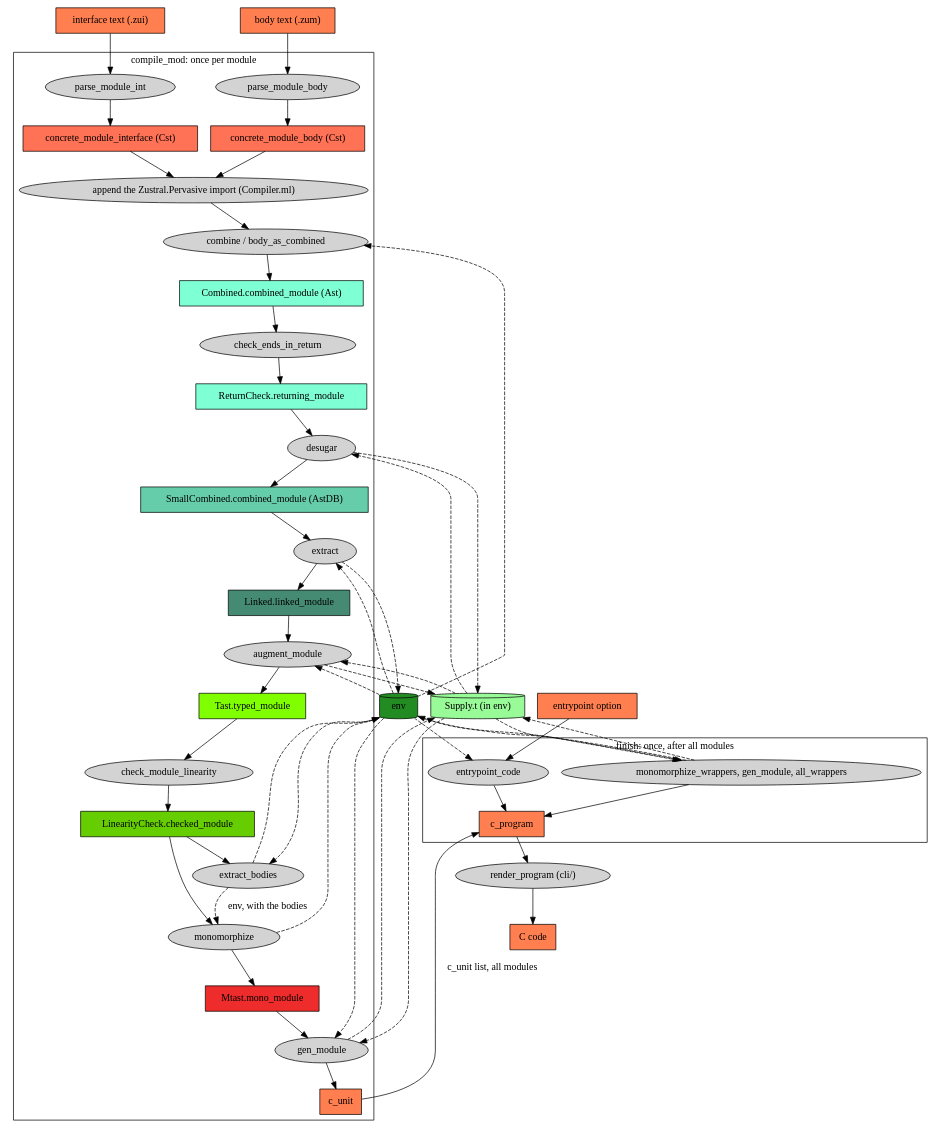
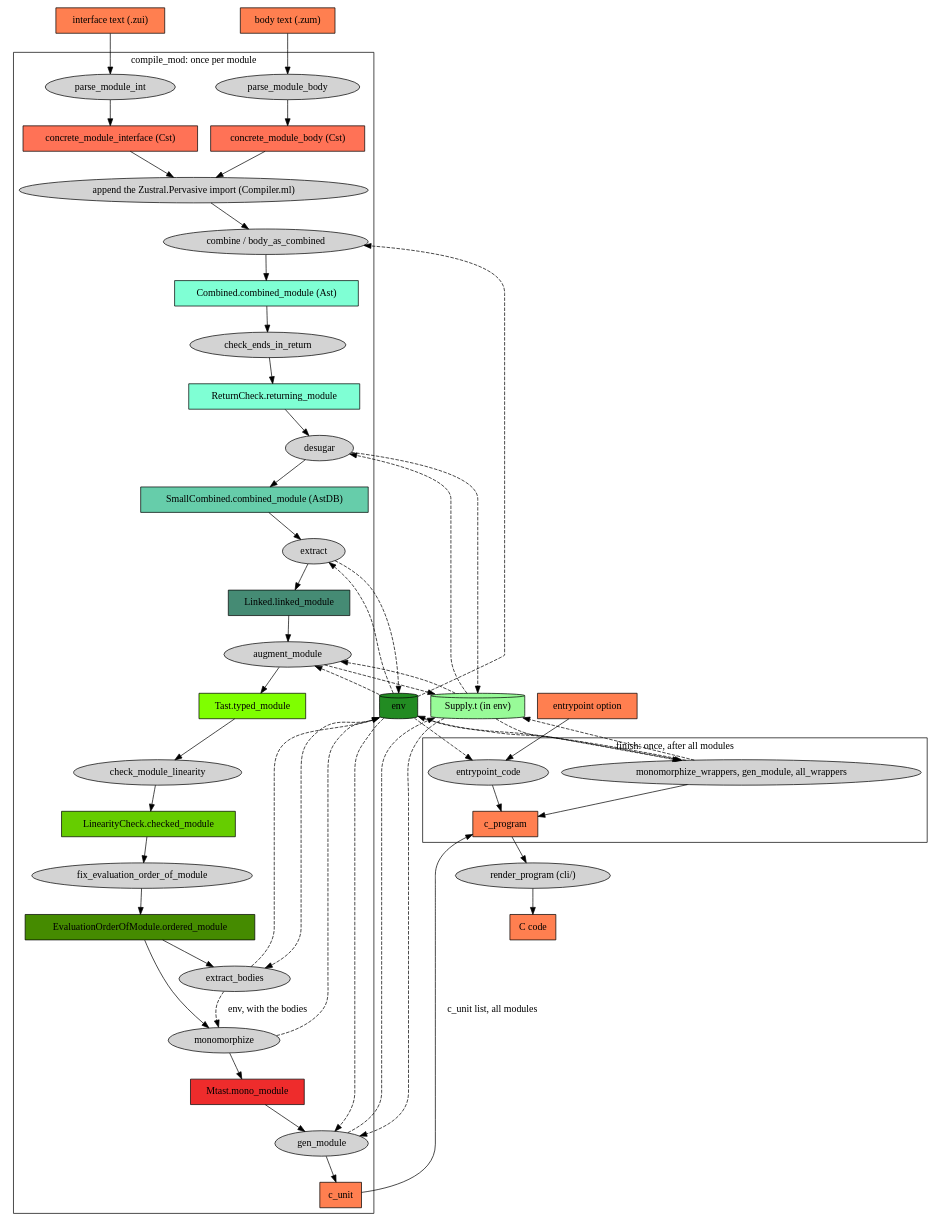
The diagram in docs/pipeline.dot (seiei-sogen/zustral), drawn with Graphviz before and after one commit. The commit also changed 1187 other files, not shown here.

```diff
--- a/docs/pipeline.dot
+++ b/docs/pipeline.dot
@@ -1,89 +1,91 @@
 // The stages of lib/Compiler.ml and their types in lib/Pipeline.mli.
 // Boxes are values, ellipses are stages (named by the function that runs them).
 // A dashed edge is the environment or the supply that a stage reads or returns.
 digraph G {
     node[style=filled]
 
     // The two together (or the body alone), each with its file name, are one module_source.
     zui[shape=rect fillcolor=coral label="interface text (.zui)"]
     zum[shape=rect fillcolor=coral label="body text (.zum)"]
     ep[shape=rect fillcolor=coral label="entrypoint option"]
 
     subgraph cluster_module {
         label="compile_mod: once per module"
 
         icst[shape=rect fillcolor=coral1 label="concrete_module_interface (Cst)"]
         bcst[shape=rect fillcolor=coral1 label="concrete_module_body (Cst)"]
         combined[shape=rect fillcolor=aquamarine label="Combined.combined_module (Ast)"]
         returning[shape=rect fillcolor=aquamarine label="ReturnCheck.returning_module"]
         small[shape=rect fillcolor=aquamarine3 label="SmallCombined.combined_module (AstDB)"]
         linked[shape=rect fillcolor=aquamarine4 label="Linked.linked_module"]
         typed[shape=rect fillcolor=chartreuse1 label="Tast.typed_module"]
         checked[shape=rect fillcolor=chartreuse3 label="LinearityCheck.checked_module"]
+        ordered[shape=rect fillcolor=chartreuse4 label="EvaluationOrderOfModule.ordered_module"]
         mono[shape=rect fillcolor=firebrick2 label="Mtast.mono_module"]
         unit[shape=rect fillcolor=coral label="c_unit"]
 
         parse_int[label="parse_module_int"]
         parse_body[label="parse_module_body"]
         pervasive[label="append the Zustral.Pervasive import (Compiler.ml)"]
         combine[label="combine / body_as_combined"]
         check_returns[label="check_ends_in_return"]
         desugar[label="desugar"]
         extract[label="extract"]
         augment[label="augment_module"]
         linearity[label="check_module_linearity"]
+        order[label="fix_evaluation_order_of_module"]
         bodies[label="extract_bodies"]
         monomorphize[label="monomorphize"]
         gen[label="gen_module"]
     }
 
     subgraph cluster_finish {
         label="finish: once, after all modules"
 
         wrappers[label="monomorphize_wrappers, gen_module, all_wrappers"]
         entry[label="entrypoint_code"]
         program[shape=rect fillcolor=coral label="c_program"]
     }
 
     render[label="render_program (cli/)"]
     c[shape=rect fillcolor=coral label="C code"]
 
     env[label="env" fillcolor=forestgreen shape=cylinder]
     supply[label="Supply.t (in env)" fillcolor=palegreen shape=cylinder]
 
     zui -> parse_int -> icst -> pervasive
     zum -> parse_body -> bcst -> pervasive
     pervasive -> combine
     combine -> combined -> check_returns -> returning -> desugar -> small -> extract -> linked
-    linked -> augment -> typed -> linearity -> checked
-    checked -> bodies
-    checked -> monomorphize -> mono -> gen -> unit
+    linked -> augment -> typed -> linearity -> checked -> order -> ordered
+    ordered -> bodies
+    ordered -> monomorphize -> mono -> gen -> unit
     unit -> program [label="c_unit list, all modules"]
     ep -> entry
     wrappers -> program
     entry -> program
     program -> render -> c
 
     edge[style=dashed]
     env -> combine
     env -> extract
     extract -> env
     env -> augment
     env -> bodies
     bodies -> env
     // extract_bodies runs before monomorphize, which reads the bodies from the env.
     bodies -> monomorphize [label="env, with the bodies"]
     monomorphize -> env
     env -> gen
     env -> wrappers
     wrappers -> env
     env -> entry
     supply -> wrappers
     wrappers -> supply
     supply -> desugar
     desugar -> supply
     supply -> augment
     augment -> supply
     supply -> gen
     gen -> supply
 }
```
